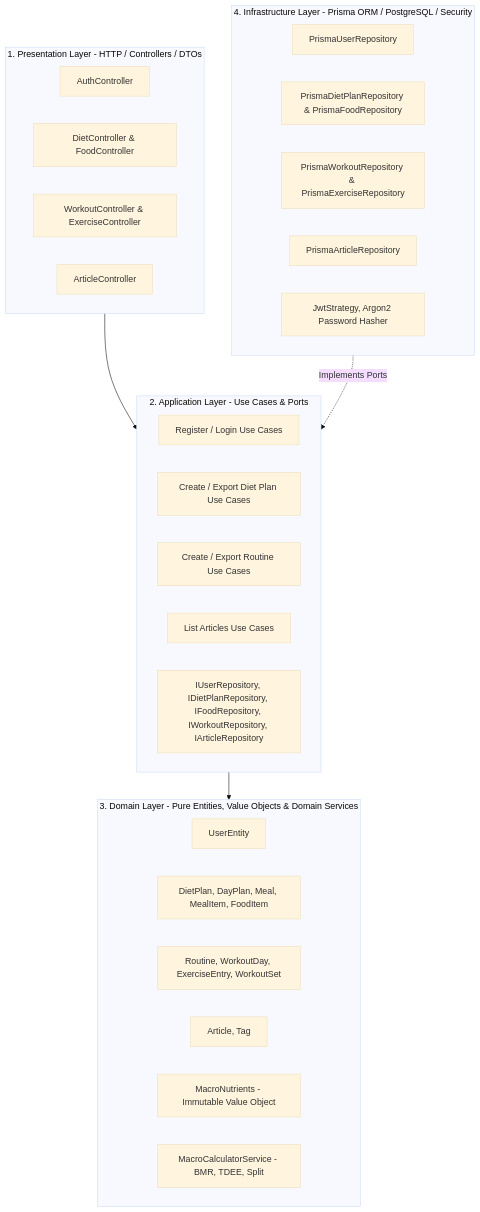
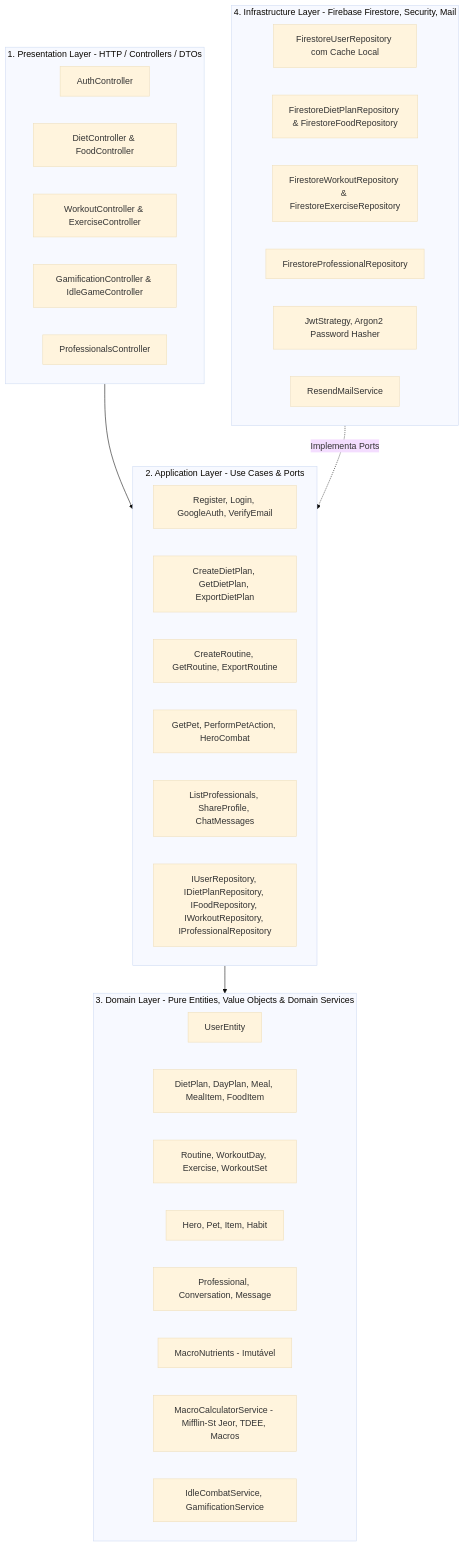
One commit to gustavoruegenberg1-hash/nutriplan changed the first of 4 diagrams in docs/fase-3-arquitetura-projeto.md. Above: the diagram before and after it, drawn with Mermaid (base theme). The commit also changed other lines of this file and 11 other files, not shown here.

````diff
--- a/docs/fase-3-arquitetura-projeto.md
+++ b/docs/fase-3-arquitetura-projeto.md
@@ -12,38 +17,43 @@
 ```mermaid
 graph TD
     subgraph Presentation [1. Presentation Layer - HTTP / Controllers / DTOs]
         C1[AuthController]
         C2[DietController & FoodController]
         C3[WorkoutController & ExerciseController]
-        C4[ArticleController]
+        C4[GamificationController & IdleGameController]
+        C5[ProfessionalsController]
     end
 
     subgraph Application [2. Application Layer - Use Cases & Ports]
-        UC1[Register / Login Use Cases]
-        UC2[Create / Export Diet Plan Use Cases]
-        UC3[Create / Export Routine Use Cases]
-        UC4[List Articles Use Cases]
-        P1[IUserRepository, IDietPlanRepository, IFoodRepository, IWorkoutRepository, IArticleRepository]
+        UC1[Register, Login, GoogleAuth, VerifyEmail]
+        UC2[CreateDietPlan, GetDietPlan, ExportDietPlan]
+        UC3[CreateRoutine, GetRoutine, ExportRoutine]
+        UC4[GetPet, PerformPetAction, HeroCombat]
+        UC5[ListProfessionals, ShareProfile, ChatMessages]
+        P1[IUserRepository, IDietPlanRepository, IFoodRepository, IWorkoutRepository, IProfessionalRepository]
     end
 
     subgraph Domain [3. Domain Layer - Pure Entities, Value Objects & Domain Services]
         E1[UserEntity]
         E2[DietPlan, DayPlan, Meal, MealItem, FoodItem]
-        E3[Routine, WorkoutDay, ExerciseEntry, WorkoutSet]
-        E4[Article, Tag]
-        VO1[MacroNutrients - Immutable Value Object]
-        DS1[MacroCalculatorService - BMR, TDEE, Split]
+        E3[Routine, WorkoutDay, Exercise, WorkoutSet]
+        E4[Hero, Pet, Item, Habit]
+        E5[Professional, Conversation, Message]
+        VO1[MacroNutrients - Imutável]
+        DS1[MacroCalculatorService - Mifflin-St Jeor, TDEE, Macros]
+        DS2[IdleCombatService, GamificationService]
     end
 
-    subgraph Infrastructure [4. Infrastructure Layer - Prisma ORM / PostgreSQL / Security]
-        R1[PrismaUserRepository]
-        R2[PrismaDietPlanRepository & PrismaFoodRepository]
-        R3[PrismaWorkoutRepository & PrismaExerciseRepository]
-        R4[PrismaArticleRepository]
+    subgraph Infrastructure [4. Infrastructure Layer - Firebase Firestore, Security, Mail]
+        R1[FirestoreUserRepository com Cache Local]
+        R2[FirestoreDietPlanRepository & FirestoreFoodRepository]
+        R3[FirestoreWorkoutRepository & FirestoreExerciseRepository]
+        R4[FirestoreProfessionalRepository]
         S1[JwtStrategy, Argon2 Password Hasher]
+        M1[ResendMailService]
     end
 
     Presentation --> Application
     Application --> Domain
-    Infrastructure -.->|Implements Ports| Application
+    Infrastructure -.->|Implementa Ports| Application
 ```
````
